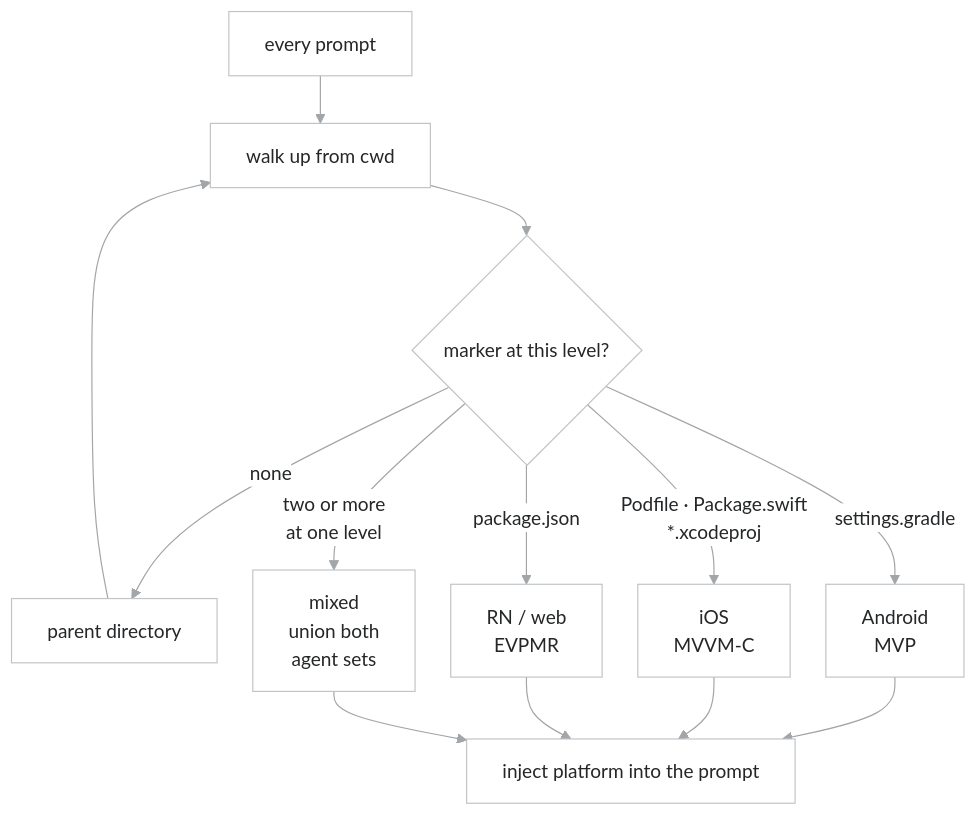
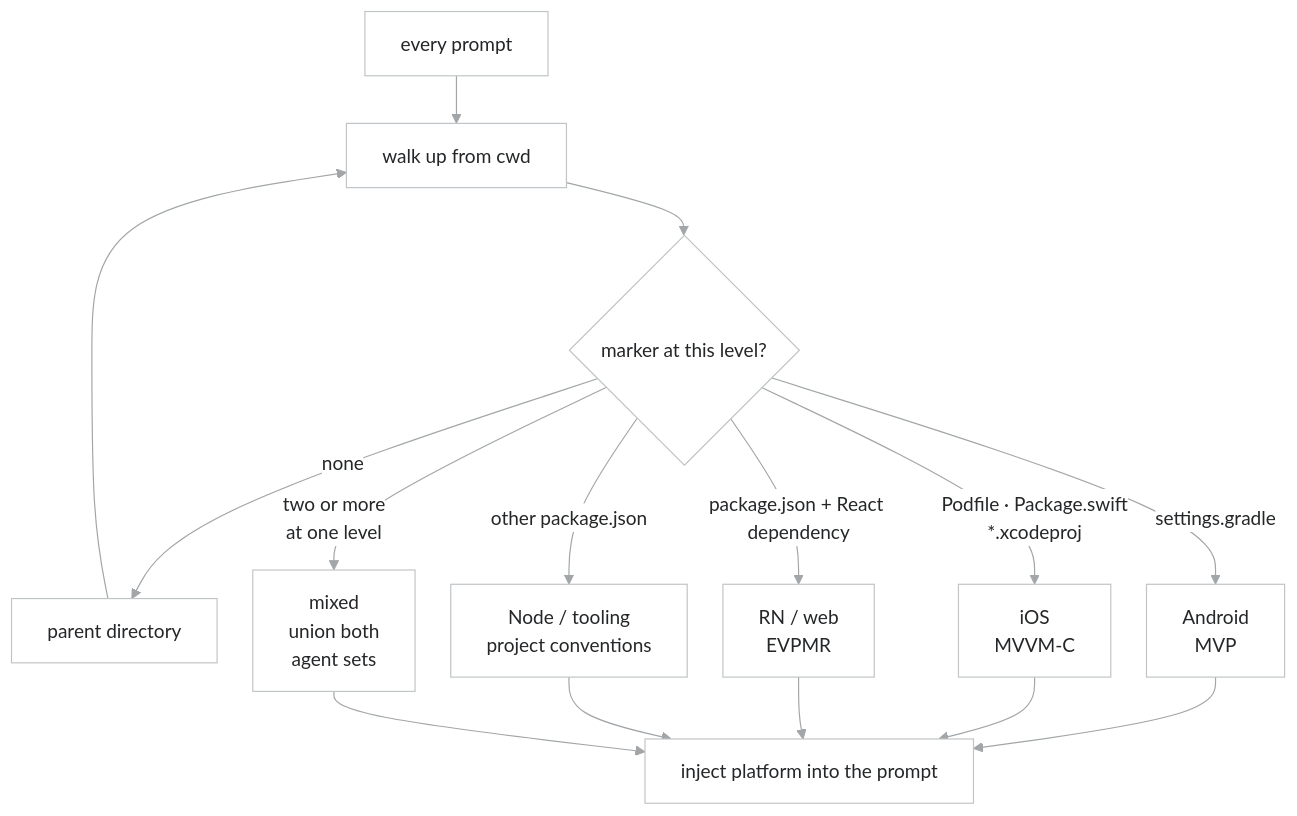
One commit to raditia/CraftKit changed the third of 14 diagrams in README.md. Above: the diagram before and after it, drawn with Mermaid. The commit also changed other lines of this file and 29 other files, not shown here.

````diff
--- a/README.md
+++ b/README.md
@@ -348,37 +348,39 @@
 ```mermaid
 ---
 config:
   theme: base
   look: classic
   fontFamily: "-apple-system, BlinkMacSystemFont, Segoe UI, Helvetica, Arial, sans-serif"
   themeVariables:
     fontFamily: "-apple-system, BlinkMacSystemFont, Segoe UI, Helvetica, Arial, sans-serif"
     fontSize: 16px
     primaryColor: "#FFFFFF"
     primaryBorderColor: "#C1C4C6"
     primaryTextColor: "#242628"
     lineColor: "#A2A6A8"
     clusterBkg: "#F5FBFF"
     clusterBorder: "#F0F1F2"
     titleColor: "#707577"
     edgeLabelBackground: "#FFFFFF"
   flowchart:
     curve: basis
     wrappingWidth: 240
     nodeSpacing: 30
     rankSpacing: 40
 ---
 flowchart TD
     S["every prompt"] --> W["walk up from cwd"]
     W --> C{"marker at this level?"}
     C -->|"none"| U["parent directory"]
     U --> W
     C -->|"settings.gradle"| A["Android<br/>MVP"]
     C -->|"Podfile · Package.swift<br/>*.xcodeproj"| I["iOS<br/>MVVM-C"]
-    C -->|"package.json"| R["RN / web<br/>EVPMR"]
+    C -->|"package.json + React dependency"| R["RN / web<br/>EVPMR"]
+    C -->|"other package.json"| N["Node / tooling<br/>project conventions"]
     C -->|"two or more<br/>at one level"| M["mixed<br/>union both<br/>agent sets"]
     A --> INJ["inject platform into the prompt"]
     I --> INJ
     R --> INJ
+    N --> INJ
     M --> INJ
 ```
````
